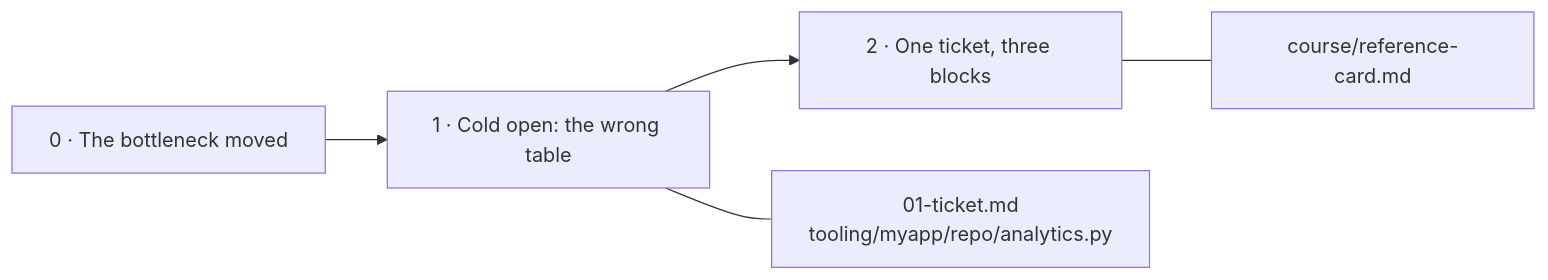
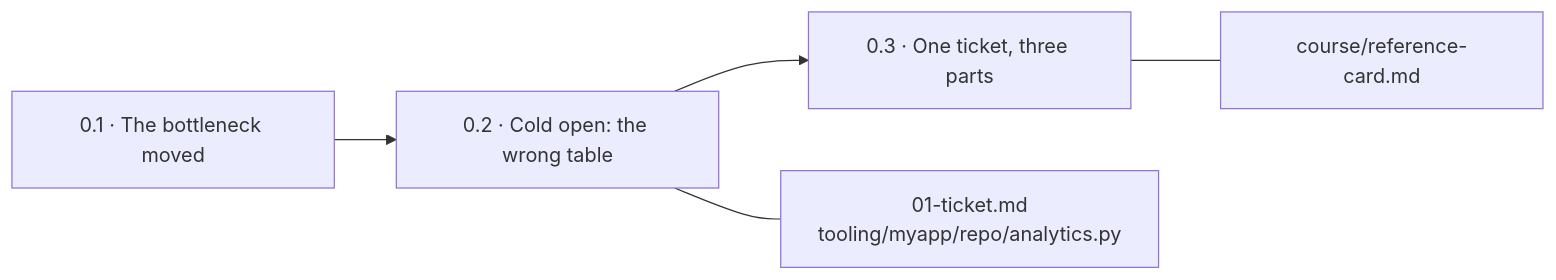
Before and after one commit to limsijie93/tt-masterclass-agentic-sdlc: the fourth of 9 diagrams in course/guide.md, drawn with Mermaid. The commit also changed other lines of this file and 28 other files, not shown here.

````diff
--- a/course/guide.md
+++ b/course/guide.md
@@ -95,6 +121,6 @@
 ```mermaid
 flowchart LR
-    l0["0 · The bottleneck moved"] --> l1["1 · Cold open: the wrong table"] --> l2["2 · One ticket, three blocks"]
+    l0["0.1 · The bottleneck moved"] --> l1["0.2 · Cold open: the wrong table"] --> l2["0.3 · One ticket, three parts"]
     l1 --- f1["01-ticket.md<br/>tooling/myapp/repo/analytics.py"]
     l2 --- f2["course/reference-card.md"]
 ```
````
